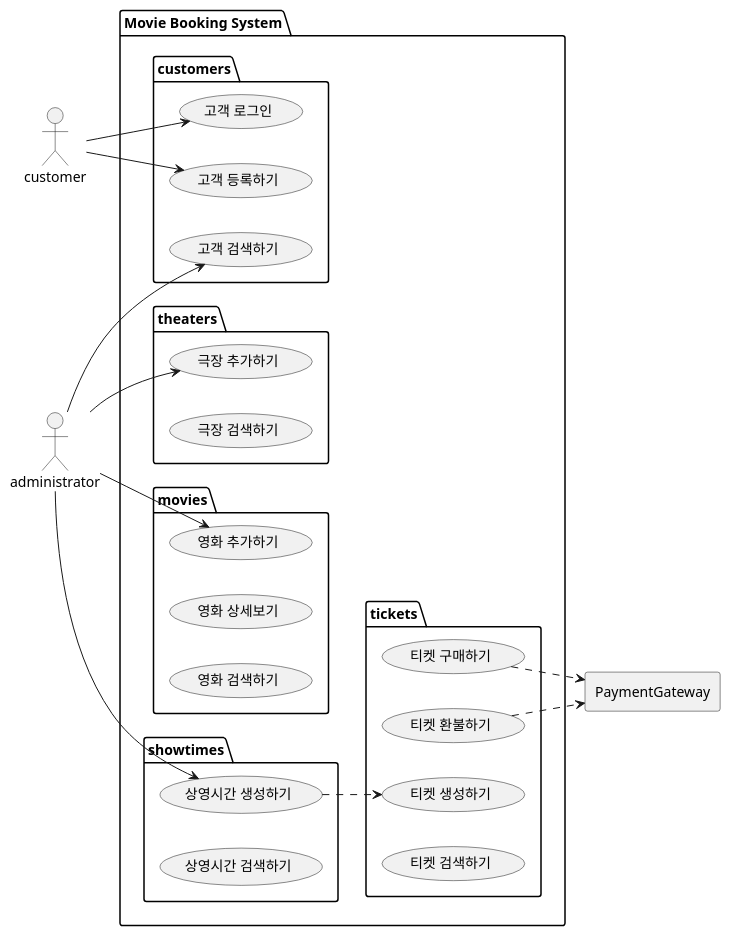
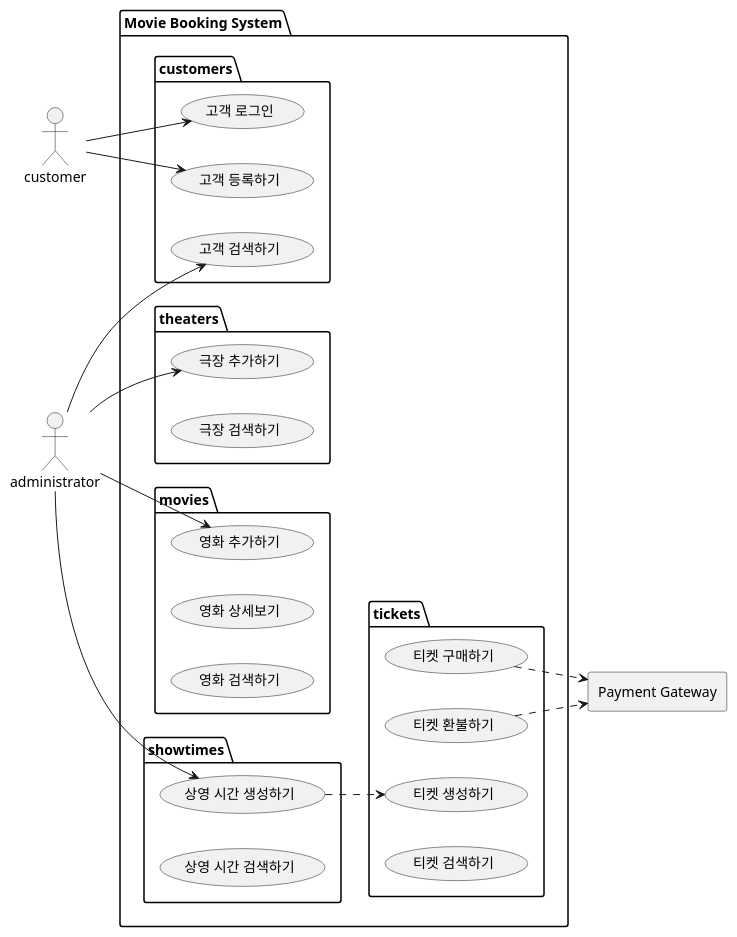
Diagram 11 of 12 in _posts/2025-04-01-backend-design-1.md (mannercode/mannercode.github.io), drawn with PlantUML before and after one commit. The commit also changed other lines of this file and 9 other files, not shown here.

```diff
--- a/_posts/2025-04-01-backend-design-1.md
+++ b/_posts/2025-04-01-backend-design-1.md
@@ -372,53 +373,53 @@
 {% plantuml %}
 @startuml
 left to right direction
 actor customer
 actor administrator
-rectangle PaymentGateway
+rectangle "Payment Gateway" as PaymentGateway
 
 package "Movie Booking System" as mbs {
     package theaters {
         usecase "극장 추가하기" as AddTheaters
         usecase "극장 검색하기" as SearchTheaters
     }
 
     package movies {
         usecase "영화 추가하기" as AddMovies
         usecase "영화 상세보기" as MovieDetails
         usecase "영화 검색하기" as SearchMovies
     }
 
     package customers {
         usecase "고객 검색하기" as SearchCustomers
         usecase "고객 등록하기" as RegisterCustomer
         usecase "고객 로그인" as LoginCustomer
 
     }
 
     package showtimes {
-        usecase "상영시간 생성하기" as CreateShowtimes
-        usecase "상영시간 검색하기" as SearchShowtimes
+        usecase "상영 시간 생성하기" as CreateShowtimes
+        usecase "상영 시간 검색하기" as SearchShowtimes
     }
 
     package tickets {
         usecase "티켓 구매하기" as PurchaseTickets
         usecase "티켓 환불하기" as RefundTickets
         usecase "티켓 생성하기" as GenerateTickets
         usecase "티켓 검색하기" as SearchTickets
     }
 }
 
 administrator --> AddTheaters
 administrator --> AddMovies
 administrator --> SearchCustomers
 administrator --> CreateShowtimes
 
 customer --> RegisterCustomer
 customer --> LoginCustomer
 
 PurchaseTickets ..> PaymentGateway
 RefundTickets ..> PaymentGateway
 CreateShowtimes ..> GenerateTickets
 
 @enduml
 {% endplantuml %}
```
